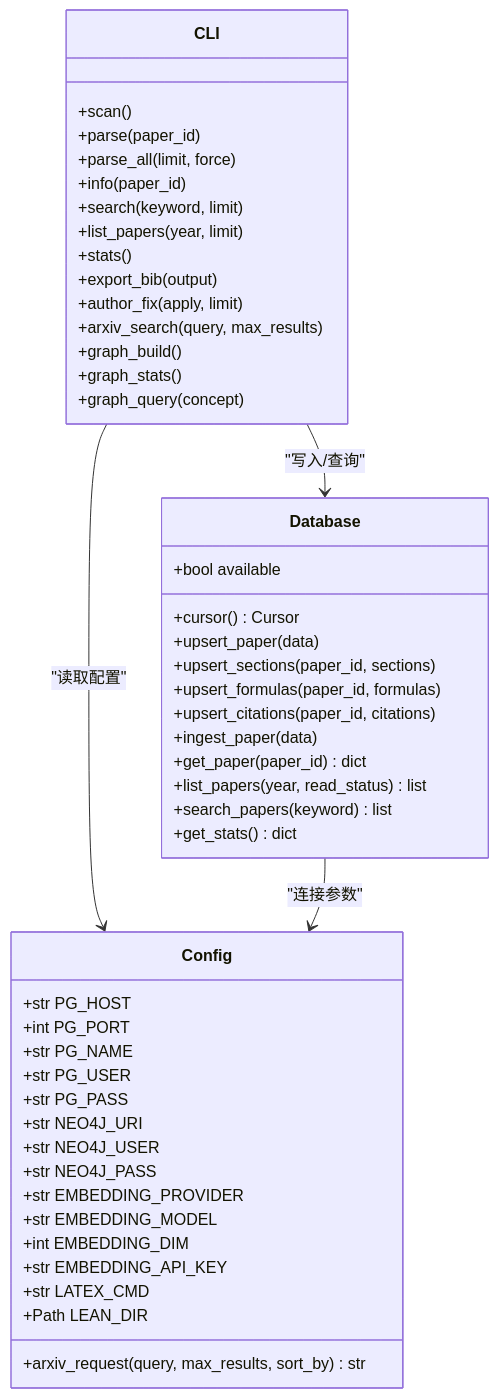
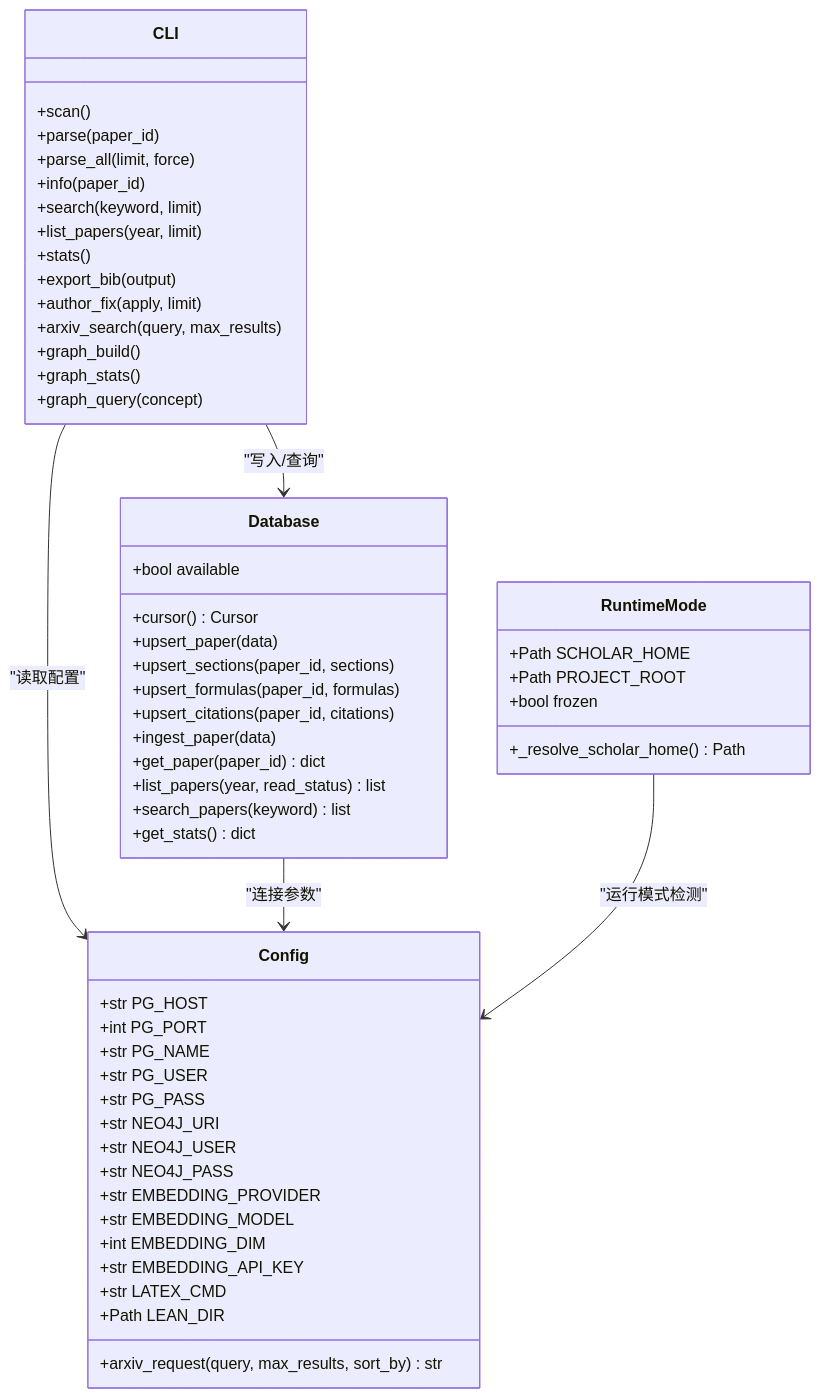
The fifth of 9 diagrams in .qoder/repowiki/zh/content/部署与运维/部署与运维.md (1173591564/academic-based-qoder), drawn with Mermaid before and after one commit. The commit also changed other lines of this file and 68 other files, not shown here.

````diff
--- a/.qoder/repowiki/zh/content/部署与运维/部署与运维.md
+++ b/.qoder/repowiki/zh/content/部署与运维/部署与运维.md
@@ -306,51 +368,58 @@
 ```mermaid
 classDiagram
 class Database {
 +bool available
 +cursor() Cursor
 +upsert_paper(data)
 +upsert_sections(paper_id, sections)
 +upsert_formulas(paper_id, formulas)
 +upsert_citations(paper_id, citations)
 +ingest_paper(data)
 +get_paper(paper_id) dict
 +list_papers(year, read_status) list
 +search_papers(keyword) list
 +get_stats() dict
 }
 class Config {
 +str PG_HOST
 +int PG_PORT
 +str PG_NAME
 +str PG_USER
 +str PG_PASS
 +str NEO4J_URI
 +str NEO4J_USER
 +str NEO4J_PASS
 +str EMBEDDING_PROVIDER
 +str EMBEDDING_MODEL
 +int EMBEDDING_DIM
 +str EMBEDDING_API_KEY
 +str LATEX_CMD
 +Path LEAN_DIR
 +arxiv_request(query, max_results, sort_by) str
 }
 class CLI {
 +scan()
 +parse(paper_id)
 +parse_all(limit, force)
 +info(paper_id)
 +search(keyword, limit)
 +list_papers(year, limit)
 +stats()
 +export_bib(output)
 +author_fix(apply, limit)
 +arxiv_search(query, max_results)
 +graph_build()
 +graph_stats()
 +graph_query(concept)
 }
+class RuntimeMode {
++Path SCHOLAR_HOME
++Path PROJECT_ROOT
++bool frozen
++_resolve_scholar_home() Path
+}
 CLI --> Config : "读取配置"
 CLI --> Database : "写入/查询"
 Database --> Config : "连接参数"
+RuntimeMode --> Config : "运行模式检测"
 ```
````
